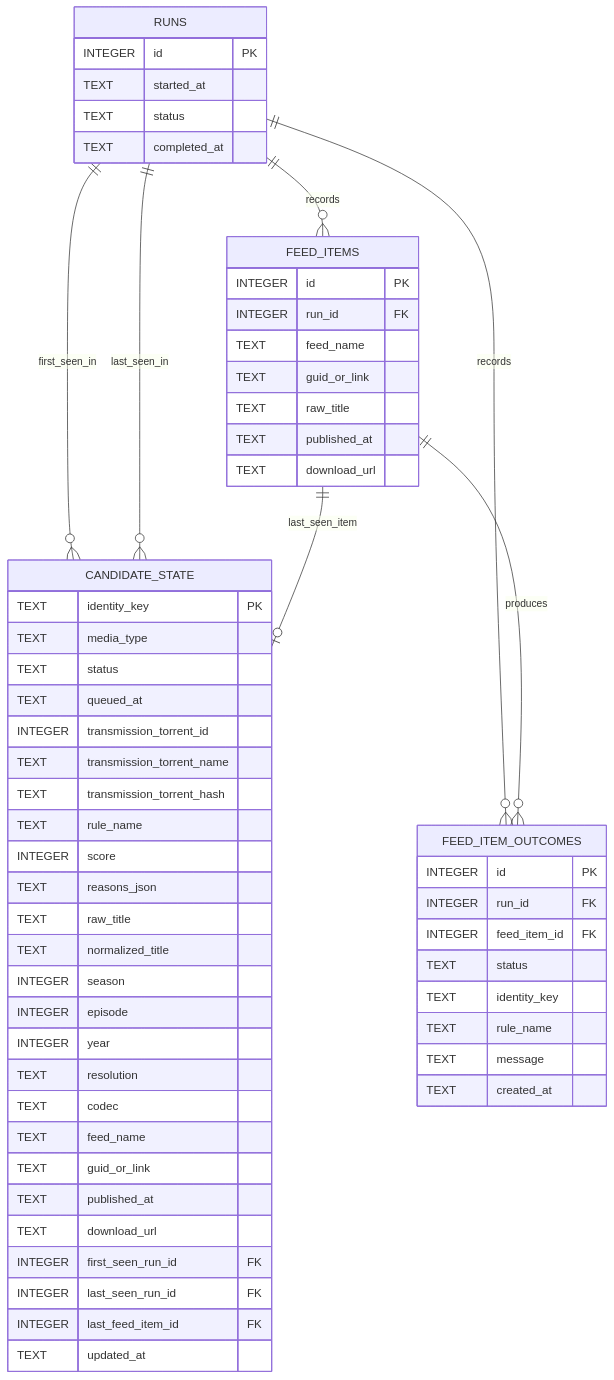
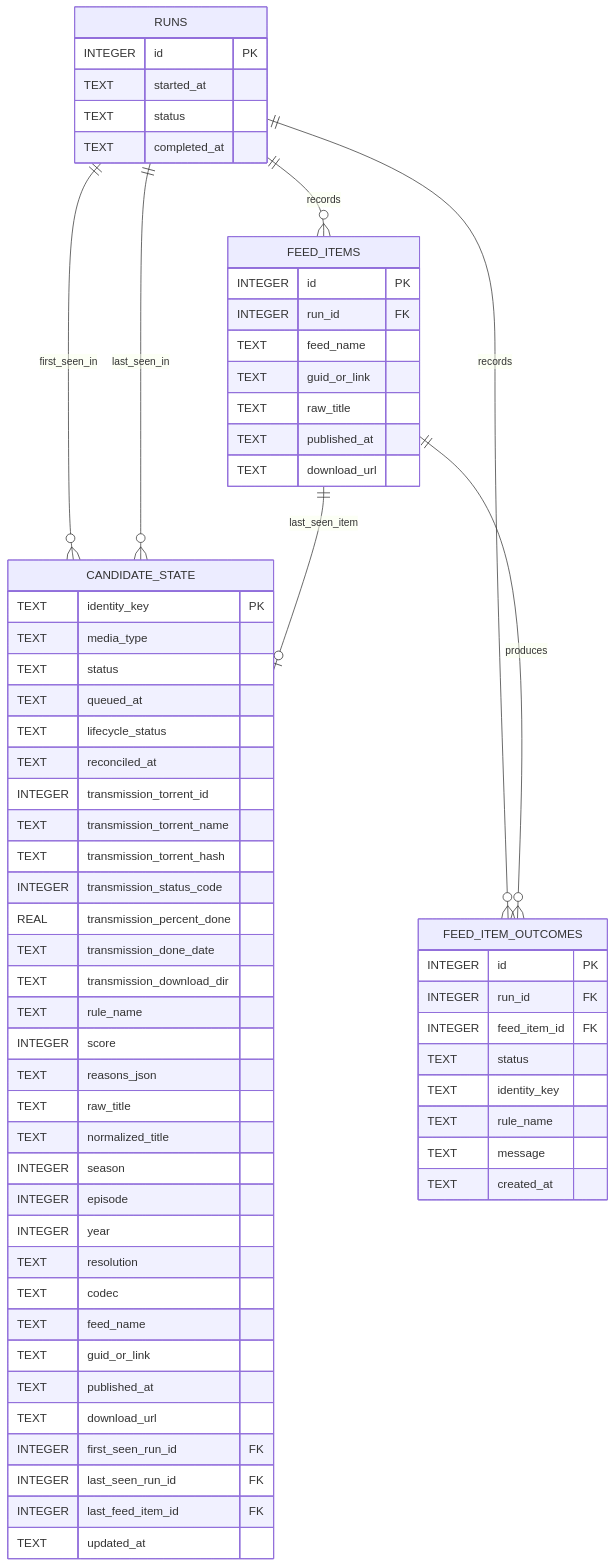
One commit to cesarnml/Pirate-Claw changed the diagram in docs/03-engineering/sqlite-schema.mmd. Above: the diagram before and after it, drawn with Mermaid. The commit also changed 10 other files, not shown here.

```diff
--- a/docs/03-engineering/sqlite-schema.mmd
+++ b/docs/03-engineering/sqlite-schema.mmd
@@ -1,63 +1,69 @@
 erDiagram
   RUNS {
     INTEGER id PK
     TEXT started_at
     TEXT status
     TEXT completed_at
   }
 
   FEED_ITEMS {
     INTEGER id PK
     INTEGER run_id FK
     TEXT feed_name
     TEXT guid_or_link
     TEXT raw_title
     TEXT published_at
     TEXT download_url
   }
 
   CANDIDATE_STATE {
     TEXT identity_key PK
     TEXT media_type
     TEXT status
     TEXT queued_at
+    TEXT lifecycle_status
+    TEXT reconciled_at
     INTEGER transmission_torrent_id
     TEXT transmission_torrent_name
     TEXT transmission_torrent_hash
+    INTEGER transmission_status_code
+    REAL transmission_percent_done
+    TEXT transmission_done_date
+    TEXT transmission_download_dir
     TEXT rule_name
     INTEGER score
     TEXT reasons_json
     TEXT raw_title
     TEXT normalized_title
     INTEGER season
     INTEGER episode
     INTEGER year
     TEXT resolution
     TEXT codec
     TEXT feed_name
     TEXT guid_or_link
     TEXT published_at
     TEXT download_url
     INTEGER first_seen_run_id FK
     INTEGER last_seen_run_id FK
     INTEGER last_feed_item_id FK
     TEXT updated_at
   }
 
   FEED_ITEM_OUTCOMES {
     INTEGER id PK
     INTEGER run_id FK
     INTEGER feed_item_id FK
     TEXT status
     TEXT identity_key
     TEXT rule_name
     TEXT message
     TEXT created_at
   }
 
   RUNS ||--o{ FEED_ITEMS : records
   RUNS ||--o{ FEED_ITEM_OUTCOMES : records
   RUNS ||--o{ CANDIDATE_STATE : first_seen_in
   RUNS ||--o{ CANDIDATE_STATE : last_seen_in
   FEED_ITEMS ||--o| CANDIDATE_STATE : last_seen_item
   FEED_ITEMS ||--o{ FEED_ITEM_OUTCOMES : produces
```
